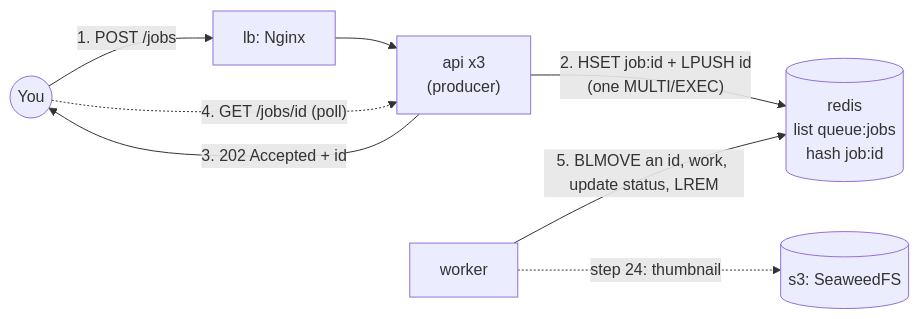
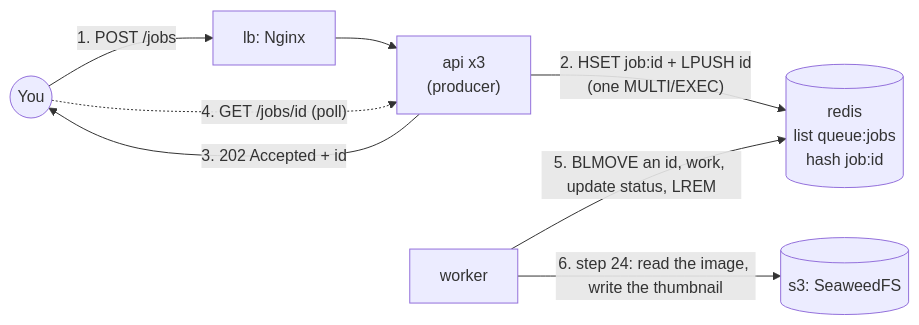
Before and after one commit to moncef2k/aws-local-lab: the diagram in docs/labs/07-queues-workers.md, drawn with Mermaid. The commit also changed other lines of this file and 1 other file, not shown here.

Commit message:
AWSLAB-42 docs: lab 07 step 24 - the thumbnail job

````diff
--- a/docs/labs/07-queues-workers.md
+++ b/docs/labs/07-queues-workers.md
@@ -62,10 +63,10 @@
 ```mermaid
 flowchart LR
   you((You)) -->|"1. POST /jobs"| lb["lb: Nginx"]
   lb --> api["api x3<br/>(producer)"]
   api -->|"2. HSET job:id + LPUSH id<br/>(one MULTI/EXEC)"| redis[("redis<br/>list queue:jobs<br/>hash job:id")]
   api -->|"3. 202 Accepted + id"| you
   you -.->|"4. GET /jobs/id (poll)"| api
   worker["worker"] -->|"5. BLMOVE an id, work, update status, LREM"| redis
-  worker -.->|"step 24: thumbnail"| s3[("s3: SeaweedFS")]
+  worker -->|"6. step 24: read the image, write the thumbnail"| s3[("s3: SeaweedFS")]
 ```
````
